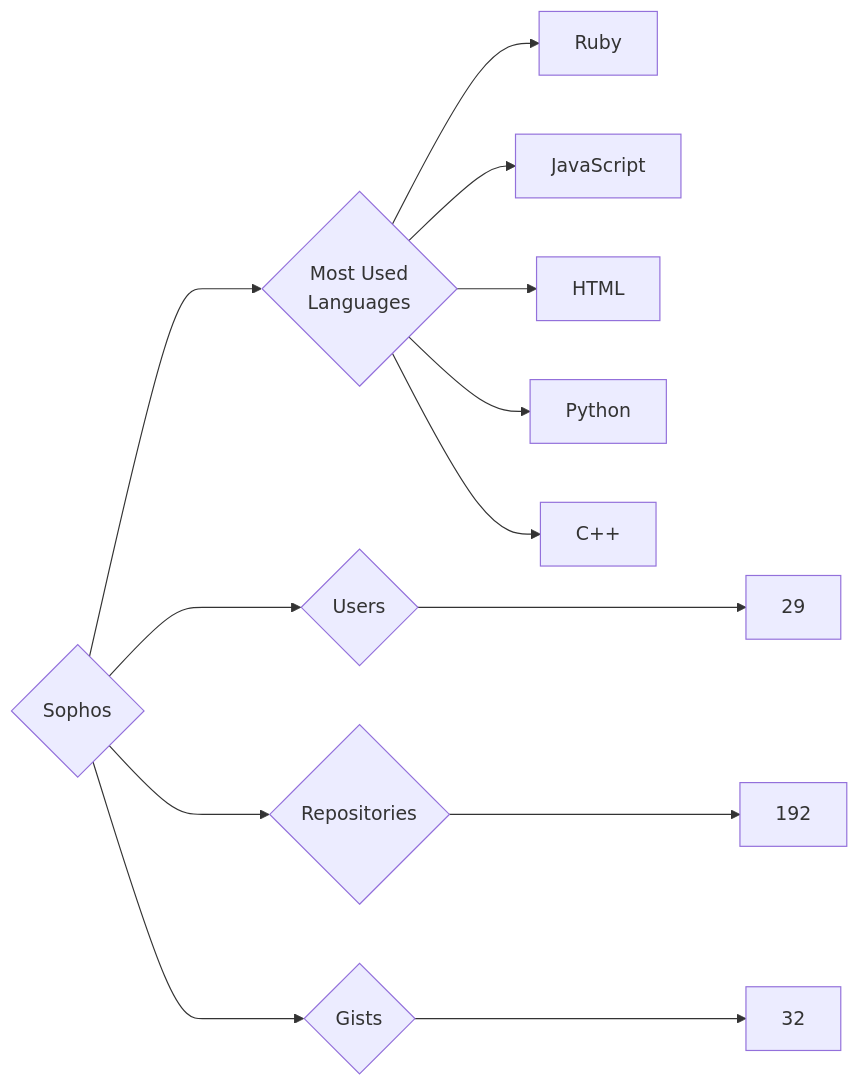
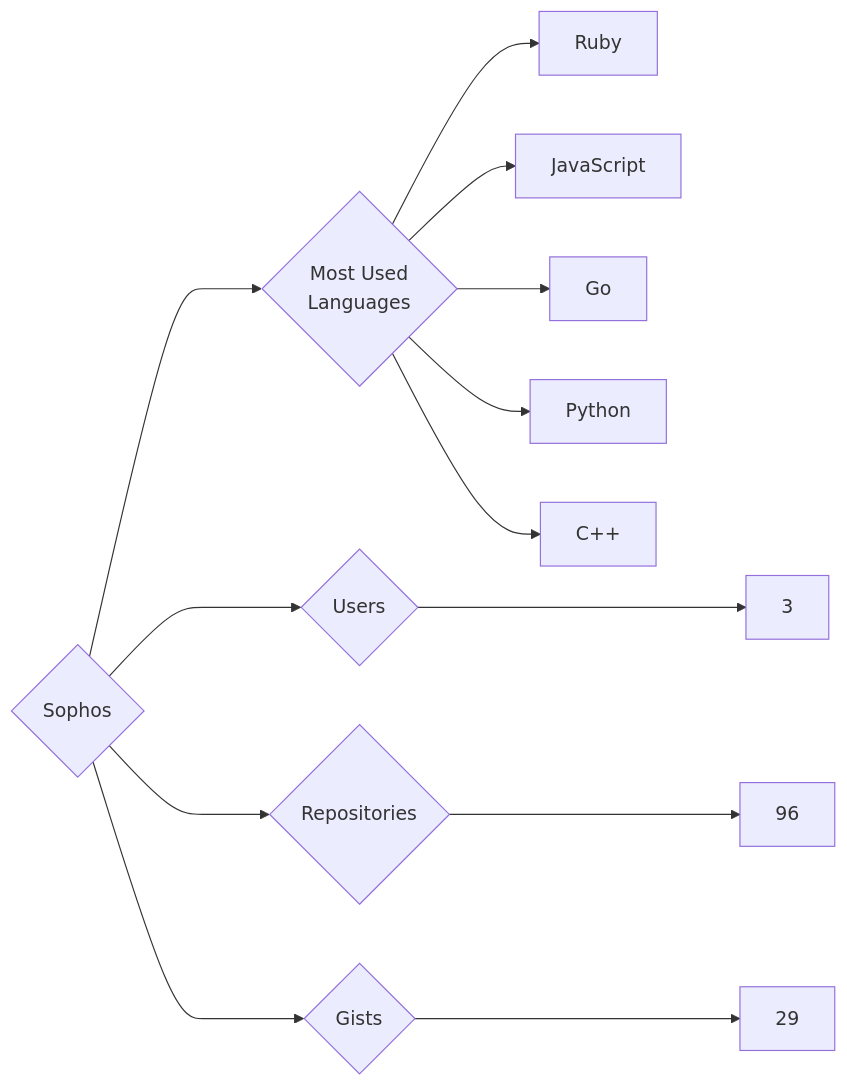
The diagram in targets/Sophos/README.md (trickest/insiders), drawn with Mermaid before and after one commit. The commit also changed 799 other files, not shown here.

````diff
--- a/targets/Sophos/README.md
+++ b/targets/Sophos/README.md
@@ -3,13 +3,13 @@
 ```mermaid
 graph LR
 COMPANY_NAME{Sophos}
-COMPANY_NAME ---> U{Users} ---> UN[29]
-COMPANY_NAME ---> R{Repositories} ---> RN[192]
-COMPANY_NAME ---> G{Gists} ---> GN[32]
+COMPANY_NAME ---> U{Users} ---> UN[3]
+COMPANY_NAME ---> R{Repositories} ---> RN[96]
+COMPANY_NAME ---> G{Gists} ---> GN[29]
 COMPANY_NAME ---> ML{Most Used<br>Languages}
 ML --> Ruby[Ruby]
 ML --> JavaScript[JavaScript]
-ML --> HTML[HTML]
+ML --> Go[Go]
 ML --> Python[Python]
 ML --> C++[C++]
 ```
````
